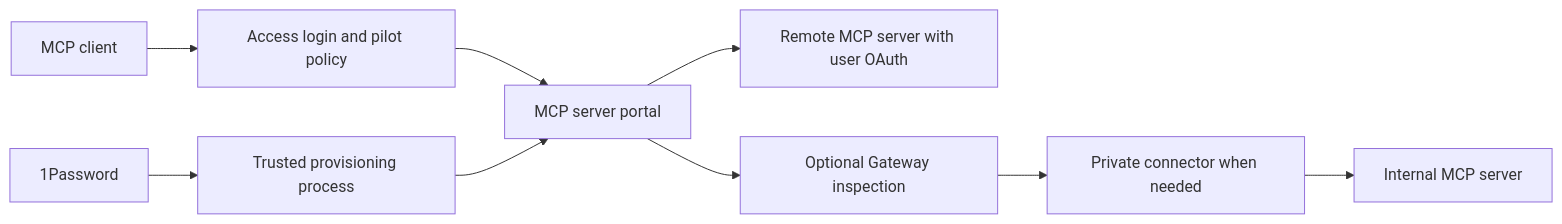
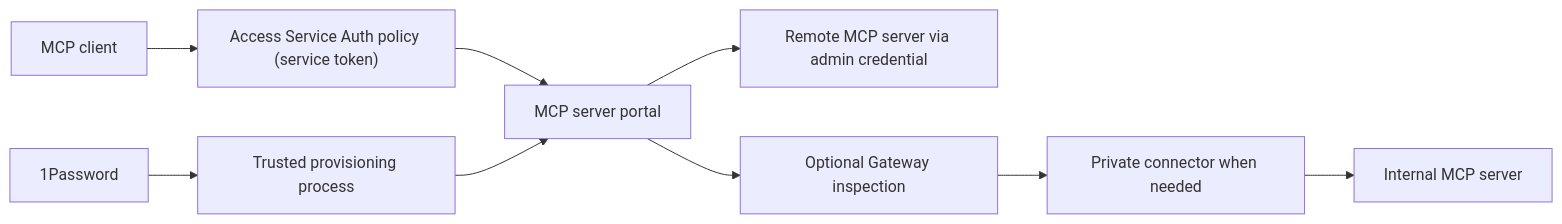
One commit to d3-corp/cf-mcp-gw changed the diagram in PLAN.md. Above: the diagram before and after it, drawn with Mermaid. The commit also changed other lines of this file and 1 other file, not shown here.

First line of the commit message:
Make PLAN.md and HARNESS-ONBOARDING.md require Cloudflare Access service-token authentication as the only way into the MCP portal, with no OAuth for clients or upstreams (#9)

````diff
--- a/PLAN.md
+++ b/PLAN.md
@@ -11,11 +11,11 @@
 ```mermaid
 flowchart LR
-  C[MCP client] --> A[Access login and pilot policy]
+  C[MCP client] --> A["Access Service Auth policy (service token)"]
   A --> P[MCP server portal]
-  P --> U[Remote MCP server with user OAuth]
+  P --> U[Remote MCP server via admin credential]
   P --> G[Optional Gateway inspection]
   G --> T[Private connector when needed]
   T --> I[Internal MCP server]
   S[1Password] --> O[Trusted provisioning process]
   O --> P
 ```
````
